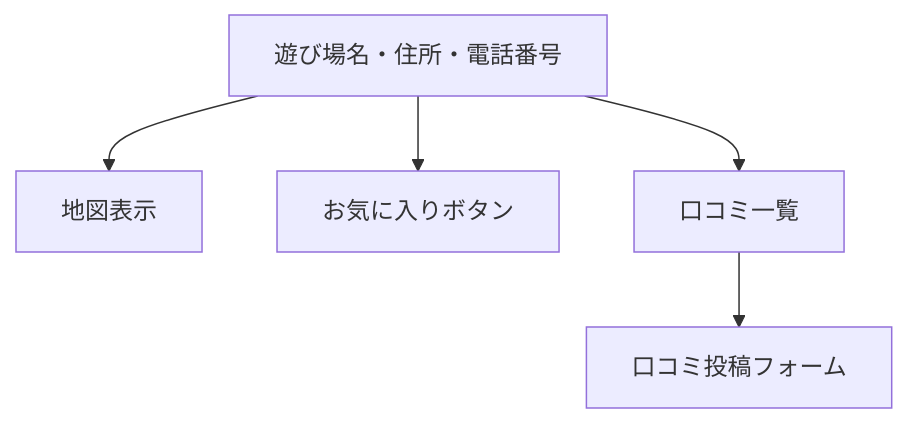
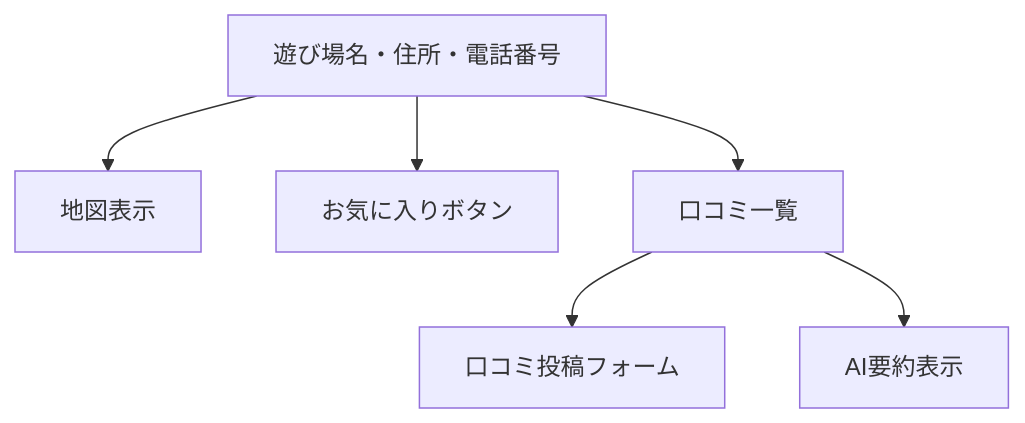
Before and after one commit to jam006097/kids-playground: the diagram in docs/screen_design.md, drawn with Mermaid. The commit also changed other lines of this file and 6 other files, not shown here.

````diff
--- a/docs/screen_design.md
+++ b/docs/screen_design.md
@@ -68,7 +63,8 @@
 ```mermaid
 flowchart TD
     A[遊び場名・住所・電話番号] --> B[地図表示]
     A --> C[お気に入りボタン]
     A --> D[口コミ一覧]
     D --> E[口コミ投稿フォーム]
+    D --> F[AI要約表示]
 ```
````
